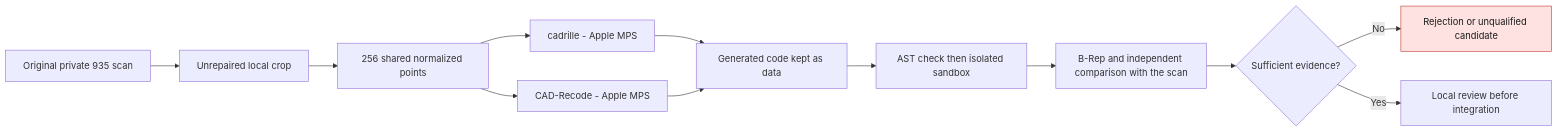
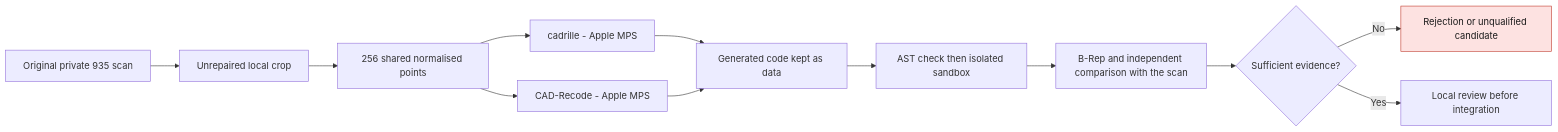
Before and after one commit to cluster2600/porscheparts: the diagram in docs/reports/M64_CAD_SPECIALISTS_20260912.md, drawn with Mermaid. The commit also changed other lines of this file and 480 other files, not shown here.

````diff
--- a/docs/reports/M64_CAD_SPECIALISTS_20260912.md
+++ b/docs/reports/M64_CAD_SPECIALISTS_20260912.md
@@ -12,16 +12,16 @@
 ```mermaid
 flowchart LR
     A["Original private 935 scan"] --> B["Unrepaired local crop"]
-    B --> C["256 shared normalized points"]
+    B --> C["256 shared normalised points"]
     C --> D["cadrille - Apple MPS"]
     C --> E["CAD-Recode - Apple MPS"]
     D --> F["Generated code kept as data"]
     E --> F
     F --> G["AST check then isolated sandbox"]
     G --> H["B-Rep and independent comparison with the scan"]
     H --> I{"Sufficient evidence?"}
     I -->|No| J["Rejection or unqualified candidate"]
     I -->|Yes| K["Local review before integration"]
     classDef stop fill:#fde2e1,stroke:#c0392b,color:#1a1a1a;
     class J stop
 ```
````
